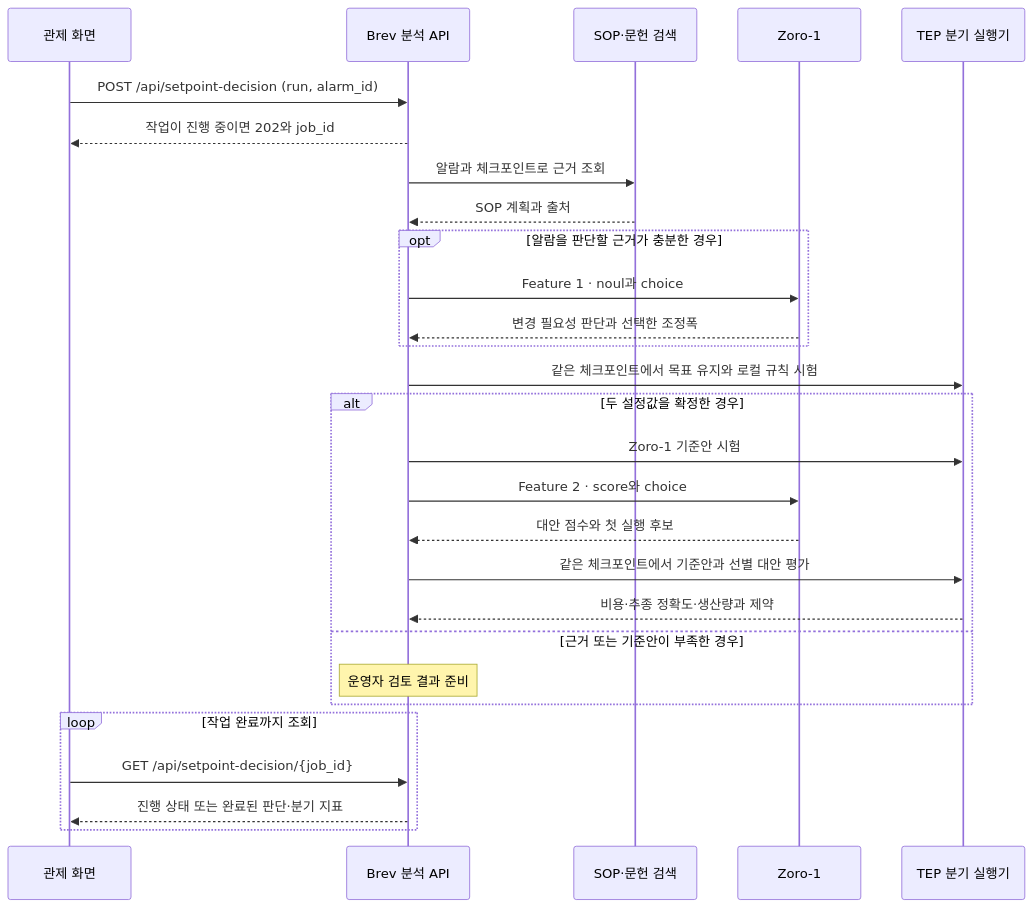
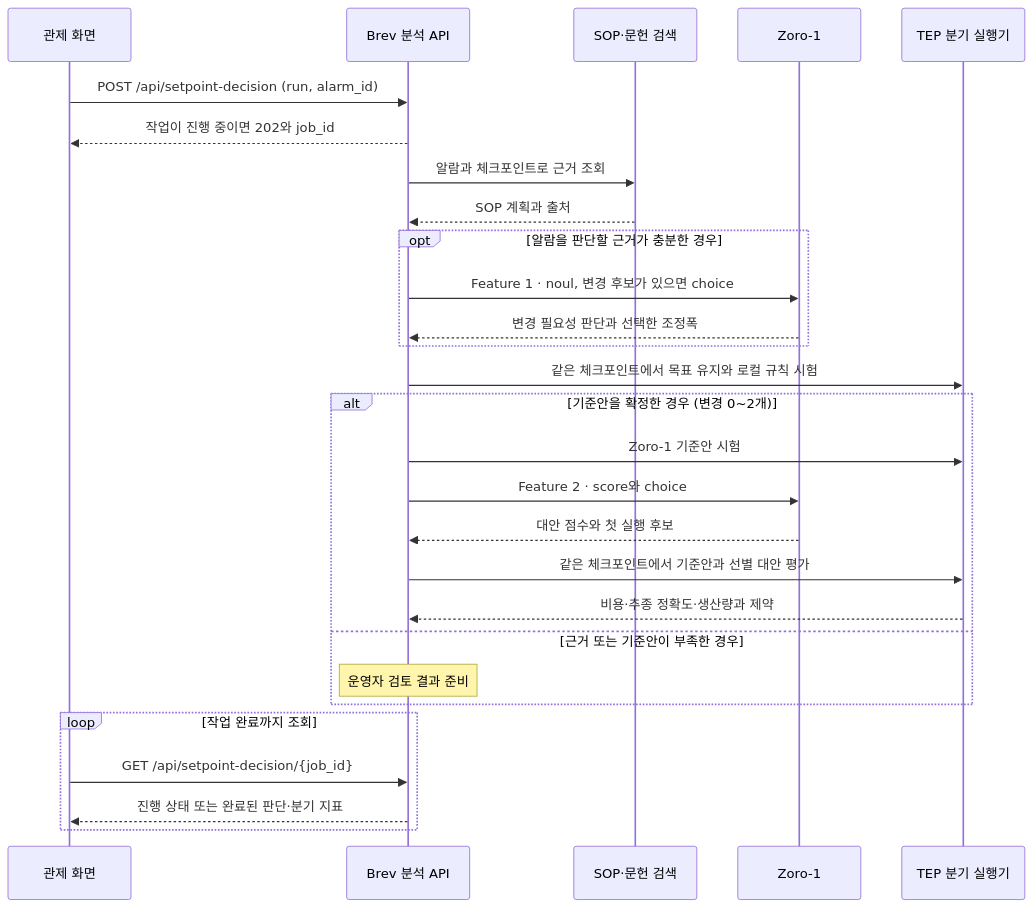
Before and after one commit to Labtrillion/protopilot: the third of 3 diagrams in README.md, drawn with Mermaid. The commit also changed other lines of this file and 3 other files, not shown here.

````diff
--- a/README.md
+++ b/README.md
@@ -217,31 +229,31 @@
 ```mermaid
 sequenceDiagram
   participant UI as 관제 화면
   participant API as Brev 분석 API
   participant RAG as SOP·문헌 검색
   participant Z as Zoro-1
   participant TEP as TEP 분기 실행기
 
   UI->>API: POST /api/setpoint-decision (run, alarm_id)
   API-->>UI: 작업이 진행 중이면 202와 job_id
   API->>RAG: 알람과 체크포인트로 근거 조회
   RAG-->>API: SOP 계획과 출처
   opt 알람을 판단할 근거가 충분한 경우
-    API->>Z: Feature 1 · noul과 choice
+    API->>Z: Feature 1 · noul, 변경 후보가 있으면 choice
     Z-->>API: 변경 필요성 판단과 선택한 조정폭
   end
   API->>TEP: 같은 체크포인트에서 목표 유지와 로컬 규칙 시험
-  alt 두 설정값을 확정한 경우
+  alt 기준안을 확정한 경우 (변경 0~2개)
     API->>TEP: Zoro-1 기준안 시험
     API->>Z: Feature 2 · score와 choice
     Z-->>API: 대안 점수와 첫 실행 후보
     API->>TEP: 같은 체크포인트에서 기준안과 선별 대안 평가
     TEP-->>API: 비용·추종 정확도·생산량과 제약
   else 근거 또는 기준안이 부족한 경우
     Note over API: 운영자 검토 결과 준비
   end
   loop 작업 완료까지 조회
     UI->>API: GET /api/setpoint-decision/{job_id}
     API-->>UI: 진행 상태 또는 완료된 판단·분기 지표
   end
 ```
````
